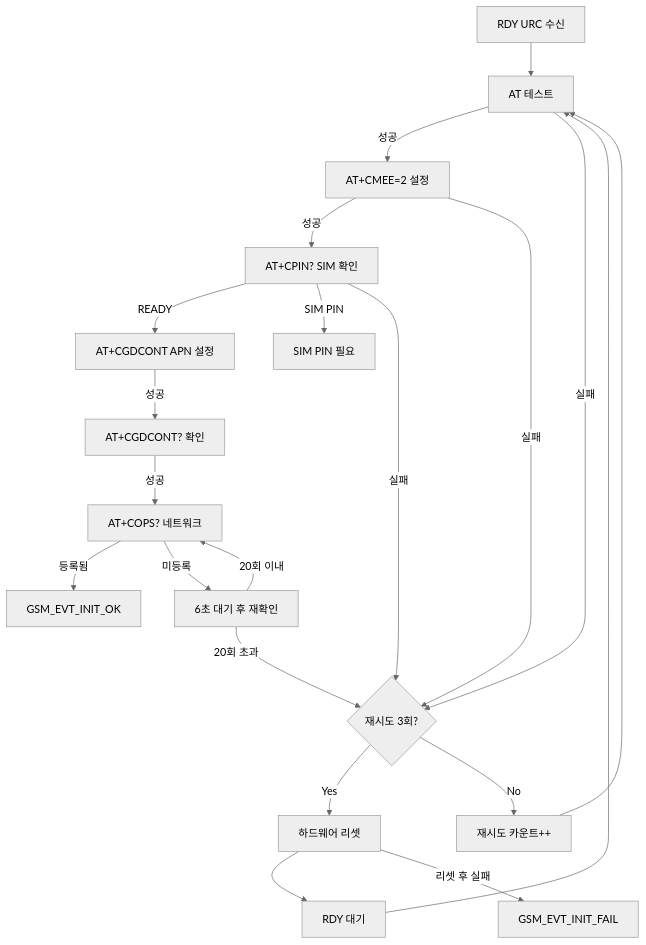
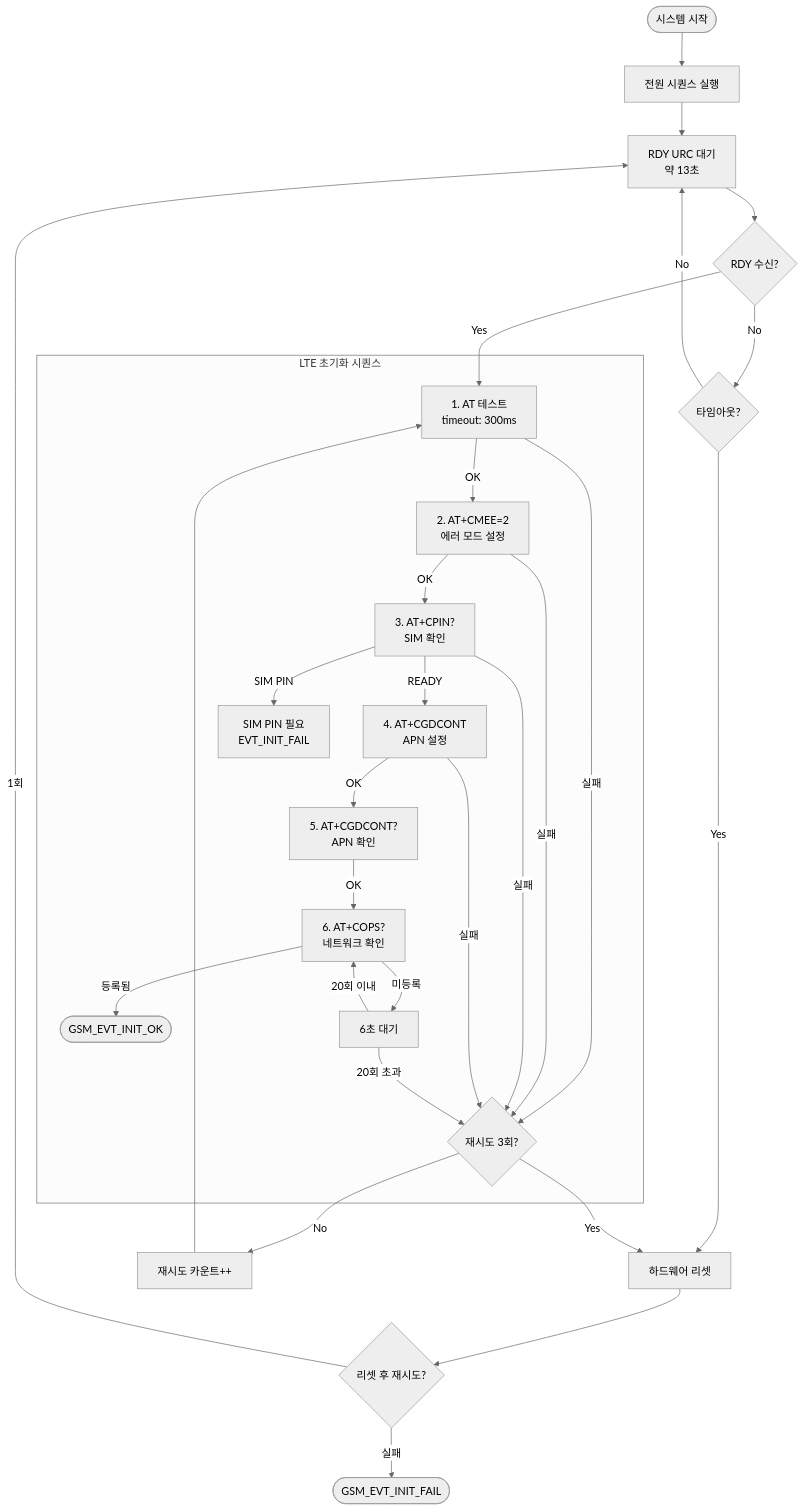
Diagram 11 of 12 in docs/GSM_LIBRARY.md (mj-kang-iotiz/my_test), drawn with Mermaid (neutral theme) before and after one commit. The commit also changed other lines of this file and 2 other files, not shown here.

First line of the commit message:
docs: GPS, GSM, LED 라이브러리 기술 문서 대폭 보강

````diff
--- a/docs/GSM_LIBRARY.md
+++ b/docs/GSM_LIBRARY.md
@@ -508,30 +1158,42 @@
 ```mermaid
 flowchart TD
-    START[RDY URC 수신] --> AT_TEST[AT 테스트]
-    AT_TEST -->|성공| CMEE[AT+CMEE=2 설정]
-    AT_TEST -->|실패| RETRY1{재시도 3회?}
+    START([시스템 시작]) --> POWER_ON[전원 시퀀스 실행]
+    POWER_ON --> WAIT_RDY[RDY URC 대기<br/>약 13초]
 
-    CMEE -->|성공| CPIN[AT+CPIN? SIM 확인]
-    CMEE -->|실패| RETRY1
+    WAIT_RDY --> RDY_RECV{RDY 수신?}
+    RDY_RECV -->|No| TIMEOUT1{타임아웃?}
+    TIMEOUT1 -->|No| WAIT_RDY
+    TIMEOUT1 -->|Yes| HW_RESET
+    RDY_RECV -->|Yes| AT_TEST
 
-    CPIN -->|READY| APN_SET[AT+CGDCONT APN 설정]
-    CPIN -->|SIM PIN| PIN_ERR[SIM PIN 필요]
-    CPIN -->|실패| RETRY1
+    subgraph init_sequence[" LTE 초기화 시퀀스 "]
+        AT_TEST[1. AT 테스트<br/>timeout: 300ms]
+        AT_TEST -->|OK| CMEE[2. AT+CMEE=2<br/>에러 모드 설정]
+        AT_TEST -->|실패| RETRY1{재시도 3회?}
 
-    APN_SET -->|성공| APN_VERIFY[AT+CGDCONT? 확인]
-    APN_VERIFY -->|성공| COPS[AT+COPS? 네트워크]
+        CMEE -->|OK| CPIN[3. AT+CPIN?<br/>SIM 확인]
+        CMEE -->|실패| RETRY1
 
-    COPS -->|등록됨| INIT_OK[GSM_EVT_INIT_OK]
-    COPS -->|미등록| WAIT[6초 대기 후 재확인]
-    WAIT -->|20회 이내| COPS
-    WAIT -->|20회 초과| RETRY1
+        CPIN -->|READY| APN_SET[4. AT+CGDCONT<br/>APN 설정]
+        CPIN -->|SIM PIN| PIN_ERR[SIM PIN 필요<br/>EVT_INIT_FAIL]
+        CPIN -->|실패| RETRY1
 
-    RETRY1 -->|Yes| HW_RESET[하드웨어 리셋]
+        APN_SET -->|OK| APN_VERIFY[5. AT+CGDCONT?<br/>APN 확인]
+        APN_SET -->|실패| RETRY1
+
+        APN_VERIFY -->|OK| COPS[6. AT+COPS?<br/>네트워크 확인]
+
+        COPS -->|등록됨| INIT_OK([GSM_EVT_INIT_OK])
+        COPS -->|미등록| WAIT_NET[6초 대기]
+        WAIT_NET -->|20회 이내| COPS
+        WAIT_NET -->|20회 초과| RETRY1
+    end
+
     RETRY1 -->|No| NEXT_RETRY[재시도 카운트++]
     NEXT_RETRY --> AT_TEST
 
-    HW_RESET --> WAIT_RDY[RDY 대기]
-    WAIT_RDY --> AT_TEST
-
-    HW_RESET -->|리셋 후 실패| INIT_FAIL[GSM_EVT_INIT_FAIL]
+    RETRY1 -->|Yes| HW_RESET[하드웨어 리셋]
+    HW_RESET --> HW_RETRY{리셋 후 재시도?}
+    HW_RETRY -->|1회| WAIT_RDY
+    HW_RETRY -->|실패| INIT_FAIL([GSM_EVT_INIT_FAIL])
 ```
````
